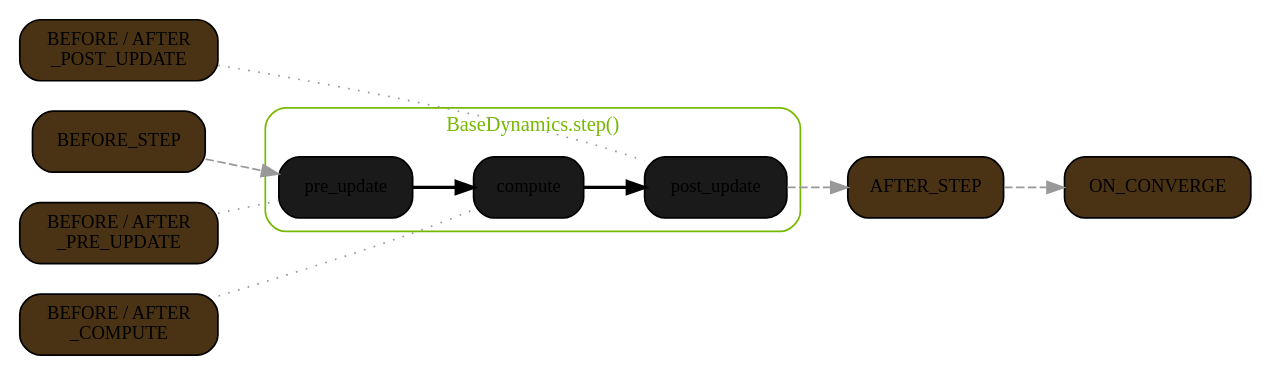
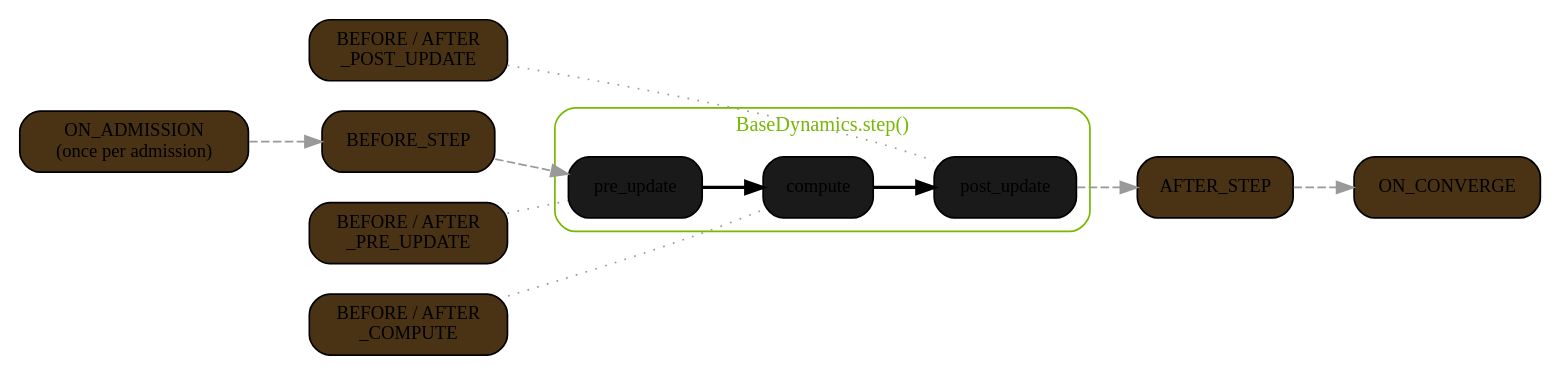
The first of 2 diagrams in docs/modules/dynamics/overview.rst (NVIDIA/nvalchemi-toolkit), drawn with Graphviz before and after one commit. The commit also changed 10 other files, not shown here.

```diff
--- a/docs/modules/dynamics/overview.rst
+++ b/docs/modules/dynamics/overview.rst
@@ -27,40 +27,42 @@
 .. graphviz::
-   :caption: A single ``BaseDynamics.step()`` and its hook stages.
+   :caption: Batch admission followed by a ``BaseDynamics.step()``.
 
     digraph step_architecture {
         rankdir=LR
         compound=true
         node [fontsize=11 shape=box style="rounded,filled" fillcolor="#1a1a1a"]
         edge [fontsize=10]
 
         subgraph cluster_dynamics {
             label="BaseDynamics.step()"
             style=rounded
             color="#76b900"
             fontcolor="#76b900"
             fontsize=12
 
             pre  [label="pre_update"]
             comp [label="compute"]
             post [label="post_update"]
 
             pre -> comp -> post [style=bold]
         }
 
+        on_admission [label="ON_ADMISSION\n(once per admission)" fillcolor="#4a3315"]
         before_step [label="BEFORE_STEP" fillcolor="#4a3315"]
         after_step  [label="AFTER_STEP" fillcolor="#4a3315"]
         on_converge [label="ON_CONVERGE" fillcolor="#4a3315"]
 
         hook_pre  [label="BEFORE / AFTER\n_PRE_UPDATE"  fillcolor="#4a3315"]
         hook_comp [label="BEFORE / AFTER\n_COMPUTE"     fillcolor="#4a3315"]
         hook_post [label="BEFORE / AFTER\n_POST_UPDATE" fillcolor="#4a3315"]
 
+        on_admission -> before_step [style=dashed color="#999999"]
         before_step -> pre [style=dashed color="#999999"]
         post -> after_step [style=dashed color="#999999"]
         after_step -> on_converge [style=dashed color="#999999"]
         hook_pre  -> pre  [style=dotted color="#999999" arrowhead=none]
         hook_comp -> comp [style=dotted color="#999999" arrowhead=none]
         hook_post -> post [style=dotted color="#999999" arrowhead=none]
 
         {rank=same; hook_pre; hook_comp; hook_post}
     }
```
